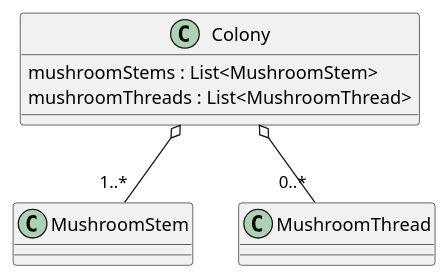
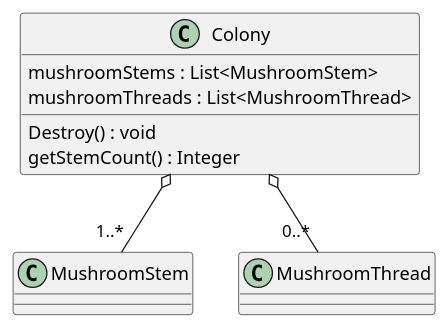
The diagram in 3/classes/colony.puml (Petya-G/fungorium), drawn with PlantUML before and after one commit. The commit also changed 8 other files, not shown here.

```diff
--- a/3/classes/colony.puml
+++ b/3/classes/colony.puml
@@ -1,10 +1,13 @@
 @startuml colony
 
 'Entity <|-- Colony
 Colony o-- "1..*" MushroomStem
 Colony o-- "0..*" MushroomThread
 class Colony{
     mushroomStems : List<MushroomStem>
     mushroomThreads : List<MushroomThread>
+
+    Destroy() : void
+    getStemCount() : Integer
 }
 @enduml
```
